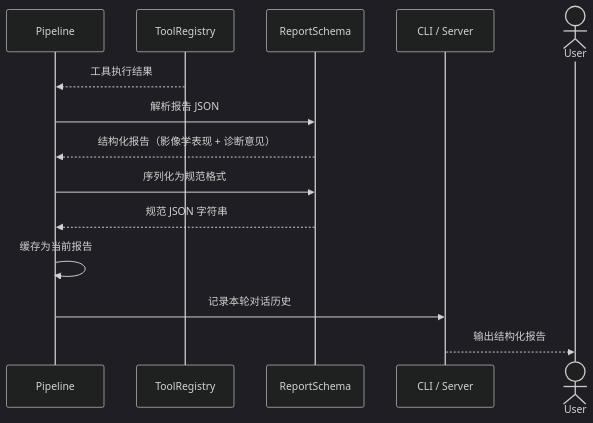
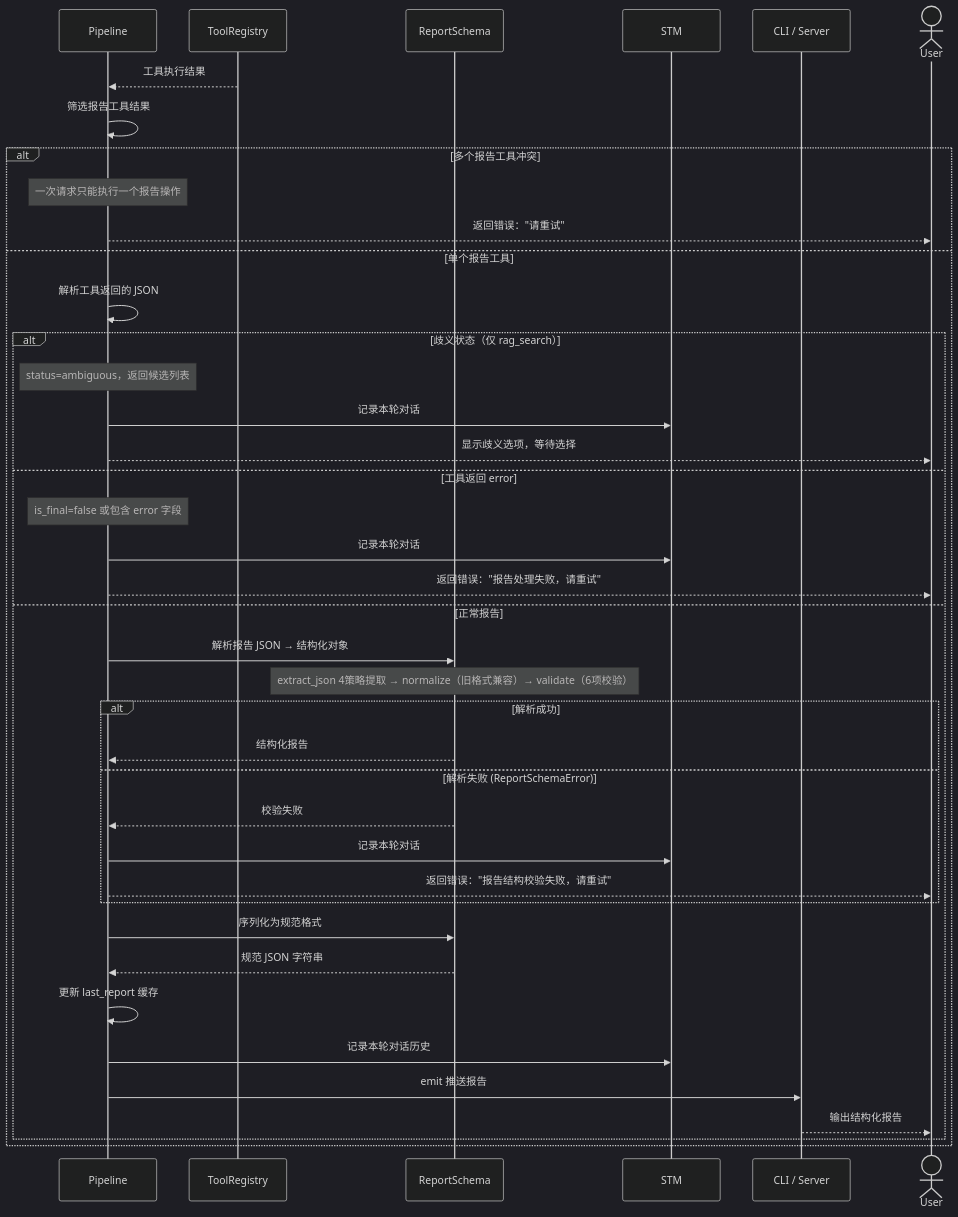
The diagram in docs/uml/04_phase3_postprocess.md (cw12309/report-generation), drawn with Mermaid (dark theme) before and after one commit. The commit also changed other lines of this file and 15 other files, not shown here.

````diff
--- a/docs/uml/04_phase3_postprocess.md
+++ b/docs/uml/04_phase3_postprocess.md
@@ -3,20 +3,48 @@
 ```mermaid
 sequenceDiagram
     participant Pipe as Pipeline
     participant TR as ToolRegistry
     participant RS as ReportSchema
+    participant STM as STM
     participant CLI as CLI / Server
     actor User
 
     TR-->>Pipe: 工具执行结果
 
-    Pipe->>RS: 解析报告 JSON
-    RS-->>Pipe: 结构化报告（影像学表现 + 诊断意见）
+    Pipe->>Pipe: 筛选报告工具结果
 
-    Pipe->>RS: 序列化为规范格式
-    RS-->>Pipe: 规范 JSON 字符串
+    alt 多个报告工具冲突
+        Note over Pipe: 一次请求只能执行一个报告操作
+        Pipe-->>User: 返回错误："请重试"
+    else 单个报告工具
+        Pipe->>Pipe: 解析工具返回的 JSON
 
-    Pipe->>Pipe: 缓存为当前报告
-    Pipe->>CLI: 记录本轮对话历史
-    CLI-->>User: 输出结构化报告
+        alt 歧义状态（仅 rag_search）
+            Note over Pipe: status=ambiguous，返回候选列表
+            Pipe->>STM: 记录本轮对话
+            Pipe-->>User: 显示歧义选项，等待选择
+        else 工具返回 error
+            Note over Pipe: is_final=false 或包含 error 字段
+            Pipe->>STM: 记录本轮对话
+            Pipe-->>User: 返回错误："报告处理失败，请重试"
+        else 正常报告
+            Pipe->>RS: 解析报告 JSON → 结构化对象
+            Note over RS: extract_json 4策略提取 → normalize（旧格式兼容）→ validate（6项校验）
+            alt 解析成功
+                RS-->>Pipe: 结构化报告
+            else 解析失败 (ReportSchemaError)
+                RS-->>Pipe: 校验失败
+                Pipe->>STM: 记录本轮对话
+                Pipe-->>User: 返回错误："报告结构校验失败，请重试"
+            end
+
+            Pipe->>RS: 序列化为规范格式
+            RS-->>Pipe: 规范 JSON 字符串
+
+            Pipe->>Pipe: 更新 last_report 缓存
+            Pipe->>STM: 记录本轮对话历史
+            Pipe->>CLI: emit 推送报告
+            CLI-->>User: 输出结构化报告
+        end
+    end
 ```
````
